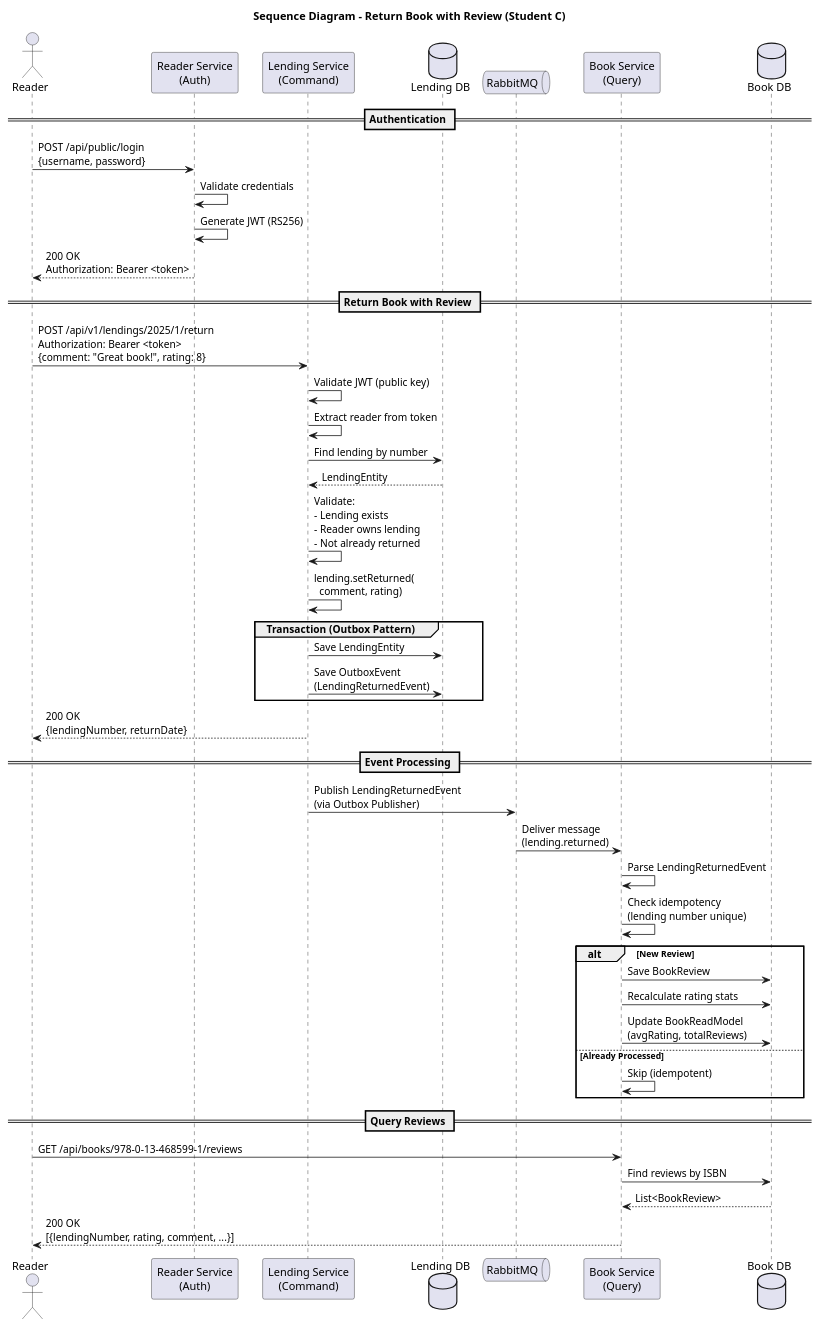
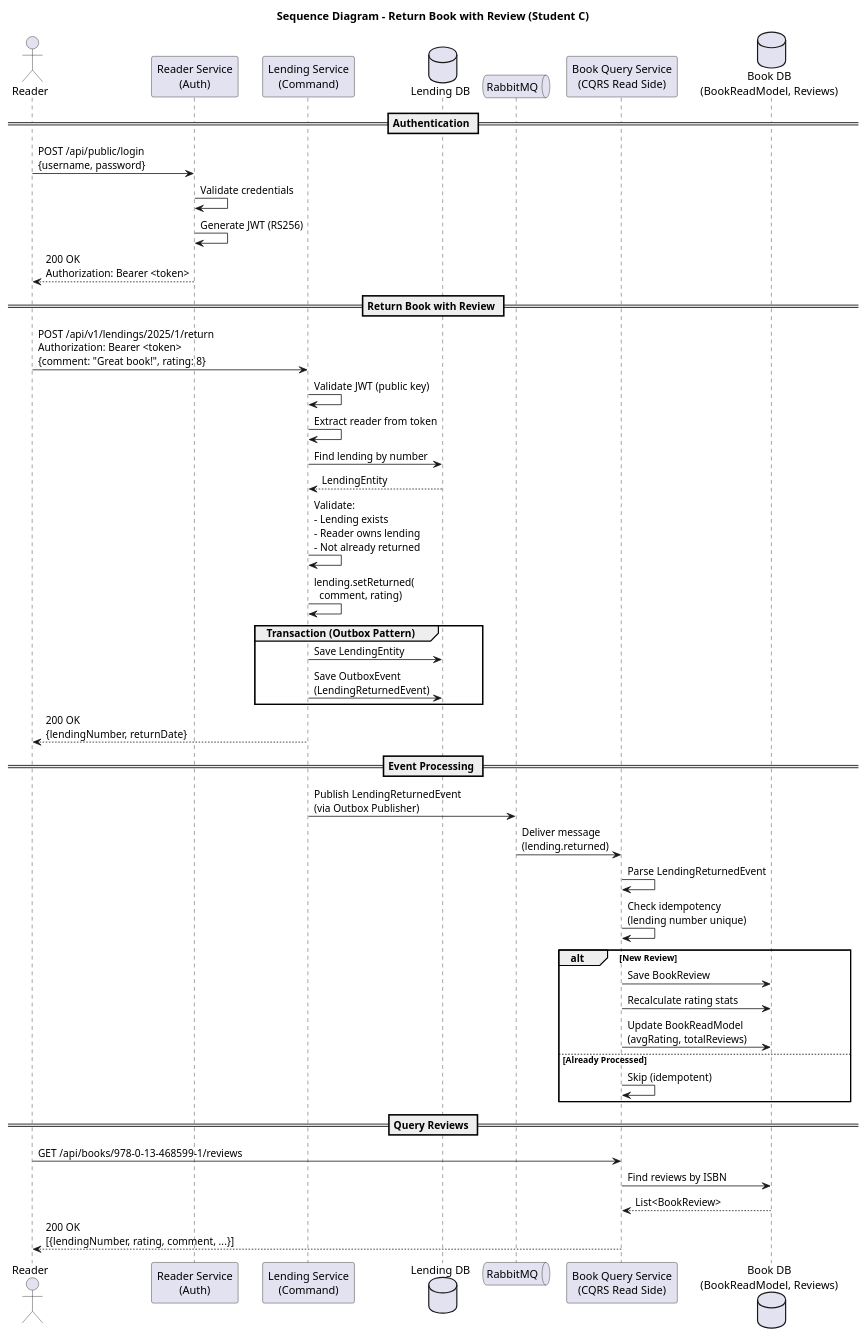
Before and after one commit to LuygiZ/ARQ-OD-SOFT: the diagram in Docs/student-c/Sequence-ReturnWithReview.puml, drawn with PlantUML. The commit also changed 5 other files, not shown here.

```diff
--- a/Docs/student-c/Sequence-ReturnWithReview.puml
+++ b/Docs/student-c/Sequence-ReturnWithReview.puml
@@ -1,59 +1,59 @@
 @startuml Sequence_ReturnWithReview
 title Sequence Diagram - Return Book with Review (Student C)
 
 actor Reader
 participant "Reader Service\n(Auth)" as Auth
 participant "Lending Service\n(Command)" as Lending
 database "Lending DB" as LendingDB
 queue "RabbitMQ" as MQ
-participant "Book Service\n(Query)" as Book
-database "Book DB" as BookDB
+participant "Book Query Service\n(CQRS Read Side)" as Book
+database "Book DB\n(BookReadModel, Reviews)" as BookDB
 
 == Authentication ==
 Reader -> Auth: POST /api/public/login\n{username, password}
 Auth -> Auth: Validate credentials
 Auth -> Auth: Generate JWT (RS256)
 Auth --> Reader: 200 OK\nAuthorization: Bearer <token>
 
 == Return Book with Review ==
 Reader -> Lending: POST /api/v1/lendings/2025/1/return\nAuthorization: Bearer <token>\n{comment: "Great book!", rating: 8}
 Lending -> Lending: Validate JWT (public key)
 Lending -> Lending: Extract reader from token
 
 Lending -> LendingDB: Find lending by number
 LendingDB --> Lending: LendingEntity
 
 Lending -> Lending: Validate:\n- Lending exists\n- Reader owns lending\n- Not already returned
 
 Lending -> Lending: lending.setReturned(\n  comment, rating)
 
 group Transaction (Outbox Pattern)
     Lending -> LendingDB: Save LendingEntity
     Lending -> LendingDB: Save OutboxEvent\n(LendingReturnedEvent)
 end
 
 Lending --> Reader: 200 OK\n{lendingNumber, returnDate}
 
 == Event Processing ==
 Lending -> MQ: Publish LendingReturnedEvent\n(via Outbox Publisher)
 
 MQ -> Book: Deliver message\n(lending.returned)
 
 Book -> Book: Parse LendingReturnedEvent
 Book -> Book: Check idempotency\n(lending number unique)
 
 alt New Review
     Book -> BookDB: Save BookReview
     Book -> BookDB: Recalculate rating stats
     Book -> BookDB: Update BookReadModel\n(avgRating, totalReviews)
 else Already Processed
     Book -> Book: Skip (idempotent)
 end
 
 == Query Reviews ==
 Reader -> Book: GET /api/books/978-0-13-468599-1/reviews
 Book -> BookDB: Find reviews by ISBN
 BookDB --> Book: List<BookReview>
 Book --> Reader: 200 OK\n[{lendingNumber, rating, comment, ...}]
 
 @enduml
```
